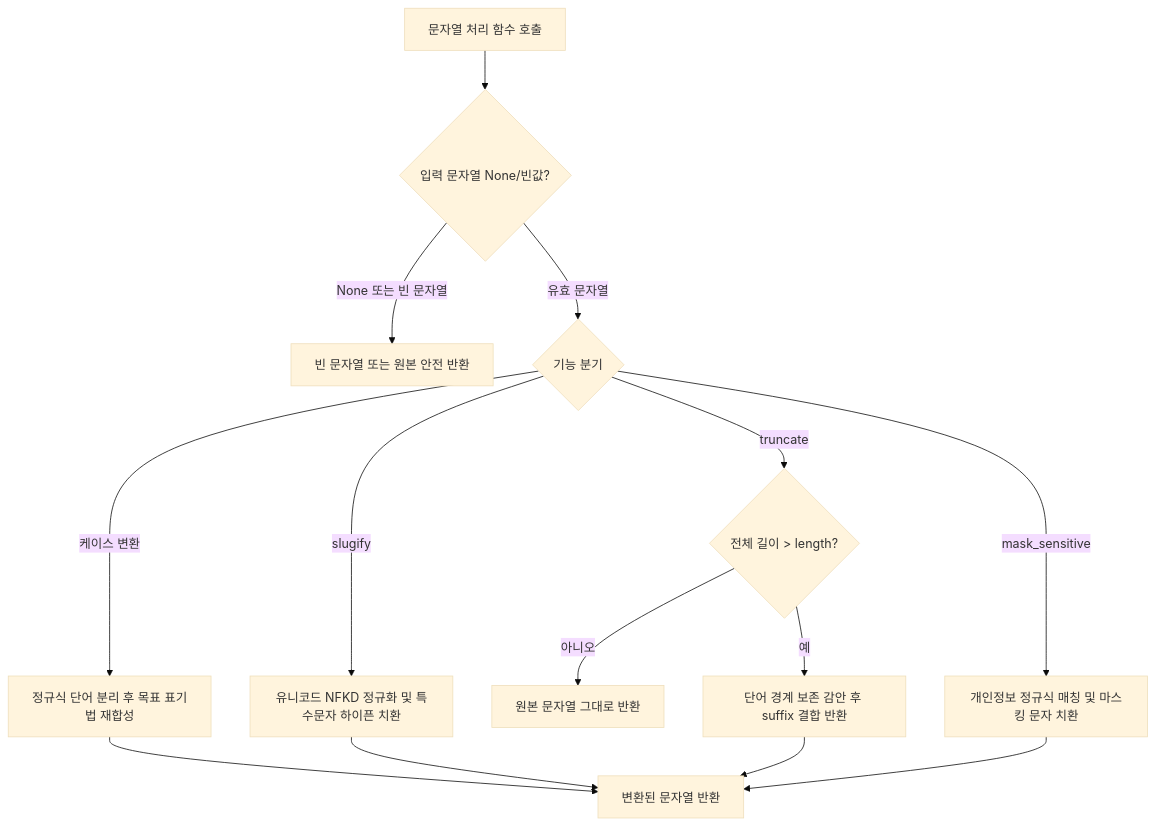
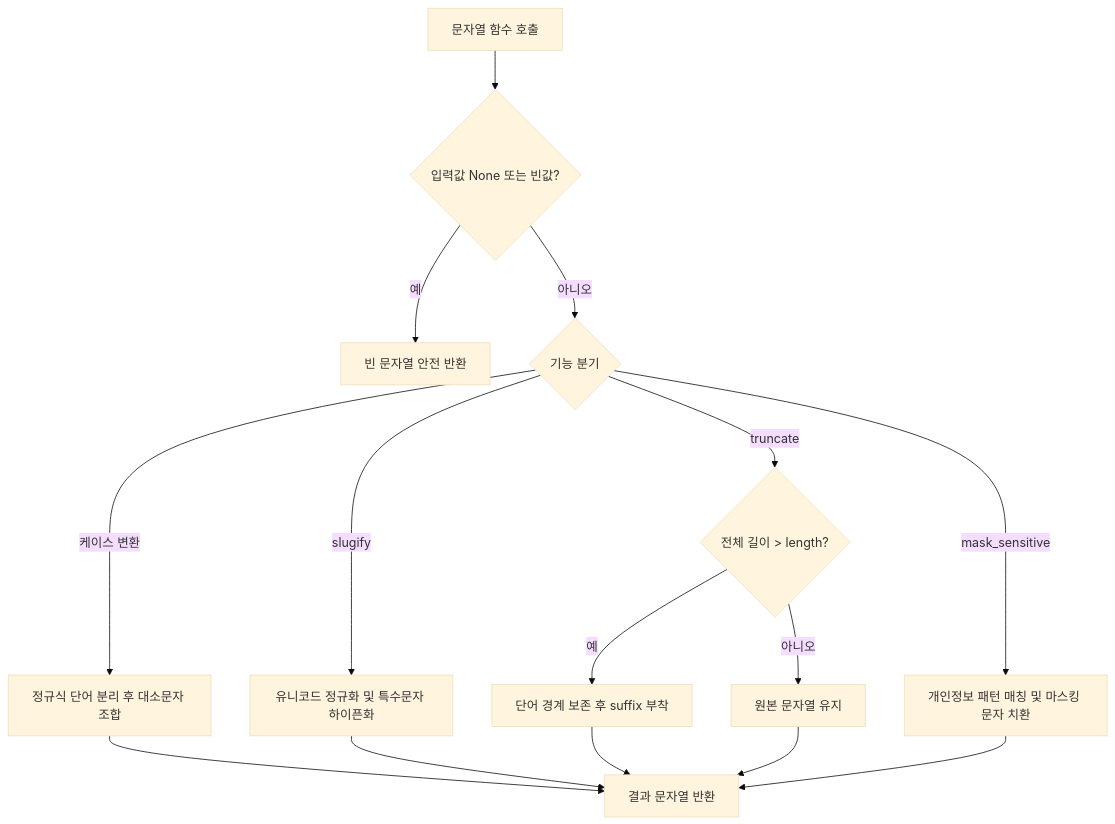
Before and after one commit to ozplayground/python-package: the third of 5 diagrams in docs/quiver/spec-writer/fsd/QUIVER_UTILITIES_SPECIFICATION.md, drawn with Mermaid (base theme). The commit also changed other lines of this file and 53 other files, not shown here.

````diff
--- a/docs/quiver/spec-writer/fsd/QUIVER_UTILITIES_SPECIFICATION.md
+++ b/docs/quiver/spec-writer/fsd/QUIVER_UTILITIES_SPECIFICATION.md
@@ -225,16 +225,17 @@
 ```mermaid
 flowchart TD
-    A[문자열 처리 함수 호출] --> B{입력 문자열 None/빈값?}
-    B -- None 또는 빈 문자열 --> C[빈 문자열 또는 원본 안전 반환]
-    B -- 유효 문자열 --> D{기능 분기}
-    D -- 케이스 변환 --> E[정규식 단어 분리 후 목표 표기법 재합성]
-    D -- slugify --> F[유니코드 NFKD 정규화 및 특수문자 하이픈 치환]
+    A[문자열 함수 호출] --> B{입력값 None 또는 빈값?}
+    B -- 예 --> C[빈 문자열 안전 반환]
+    B -- 아니오 --> D{기능 분기}
+    D -- 케이스 변환 --> E[정규식 단어 분리 후 대소문자 조합]
+    D -- slugify --> F[유니코드 정규화 및 특수문자 하이픈화]
     D -- truncate --> G{전체 길이 > length?}
-    G -- 아니오 --> H[원본 문자열 그대로 반환]
-    G -- 예 --> I[단어 경계 보존 감안 후 suffix 결합 반환]
-    D -- mask_sensitive --> J[개인정보 정규식 매칭 및 마스킹 문자 치환]
-    E --> K[변환된 문자열 반환]
+    G -- 예 --> H[단어 경계 보존 후 suffix 부착]
+    G -- 아니오 --> I[원본 문자열 유지]
+    D -- mask_sensitive --> J[개인정보 패턴 매칭 및 마스킹 문자 치환]
+    E --> K[결과 문자열 반환]
     F --> K
+    H --> K
     I --> K
     J --> K
 ```
````
